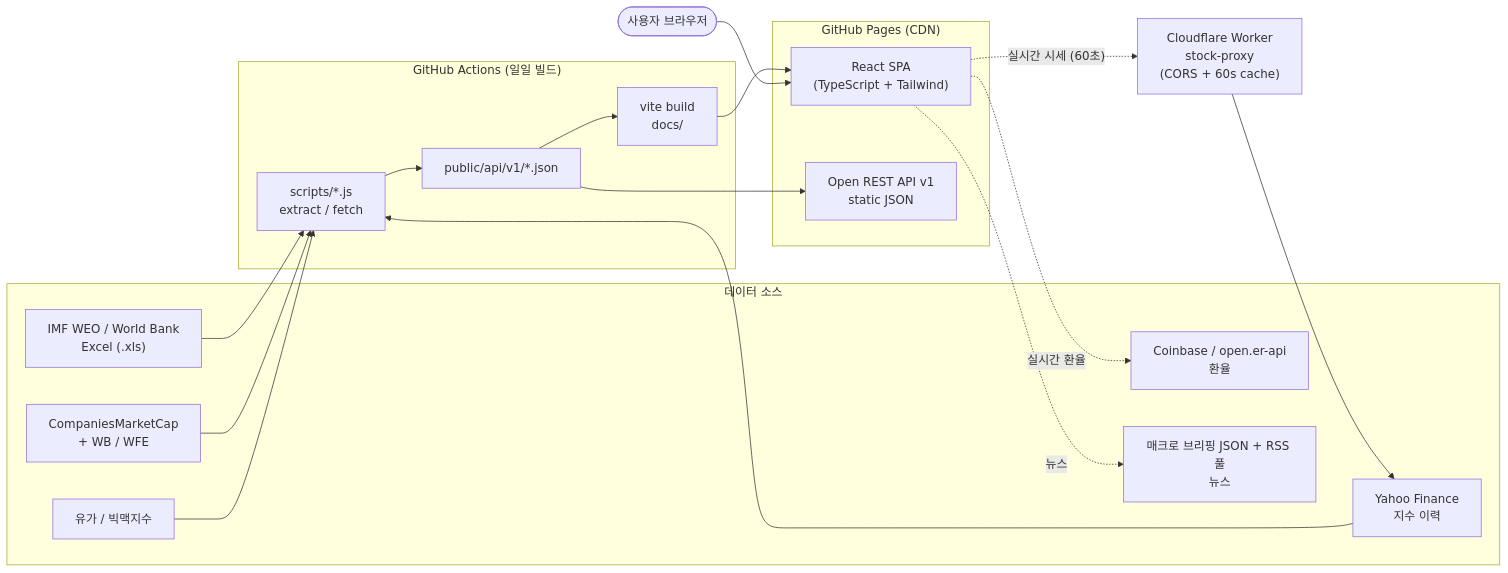
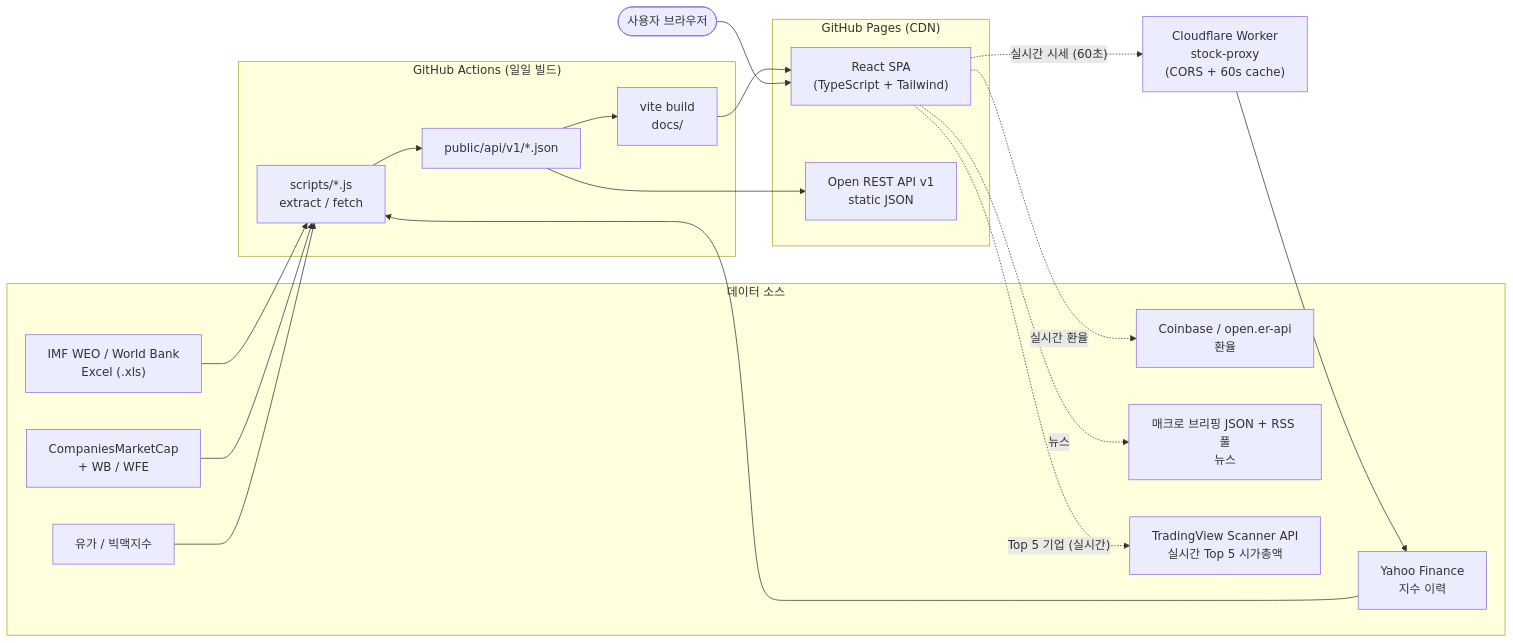
The diagram in README.ko.md (silverogic/geonomics), drawn with Mermaid before and after one commit. The commit also changed other lines of this file and 2 other files, not shown here.

Commit message:
docs(readme): document dynamic Top 5 companies by market cap, 72-exchange verification, and header UX updates

````diff
--- a/README.ko.md
+++ b/README.ko.md
@@ -111,38 +115,40 @@
 ```mermaid
 flowchart LR
   subgraph SRC["데이터 소스"]
     S1["IMF WEO / World Bank<br/>Excel (.xls)"]
     S2["Yahoo Finance<br/>지수 이력"]
     S3["CompaniesMarketCap<br/>+ WB / WFE"]
     S4["유가 / 빅맥지수"]
     S5["Coinbase / open.er-api<br/>환율"]
     S6["매크로 브리핑 JSON + RSS 풀<br/>뉴스"]
+    S7["TradingView Scanner API<br/>실시간 Top 5 시가총액"]
   end
 
   subgraph CI["GitHub Actions (일일 빌드)"]
     P1["scripts/*.js<br/>extract / fetch"]
     P2["public/api/v1/*.json"]
     P3["vite build<br/>docs/"]
   end
 
   subgraph HOST["GitHub Pages (CDN)"]
     WEB["React SPA<br/>(TypeScript + Tailwind)"]
     API["Open REST API v1<br/>static JSON"]
   end
 
   W["Cloudflare Worker<br/>stock-proxy<br/>(CORS + 60s cache)"]
   U(["사용자 브라우저"])
 
   S1 --> P1
   S2 --> P1
   S3 --> P1
   S4 --> P1
   P1 --> P2 --> P3 --> WEB
   P2 --> API
 
   U --> WEB
   WEB -. "실시간 시세 (60초)" .-> W
   W --> S2
   WEB -. "실시간 환율" .-> S5
   WEB -. "뉴스" .-> S6
+  WEB -. "Top 5 기업 (실시간)" .-> S7
 ```
````
